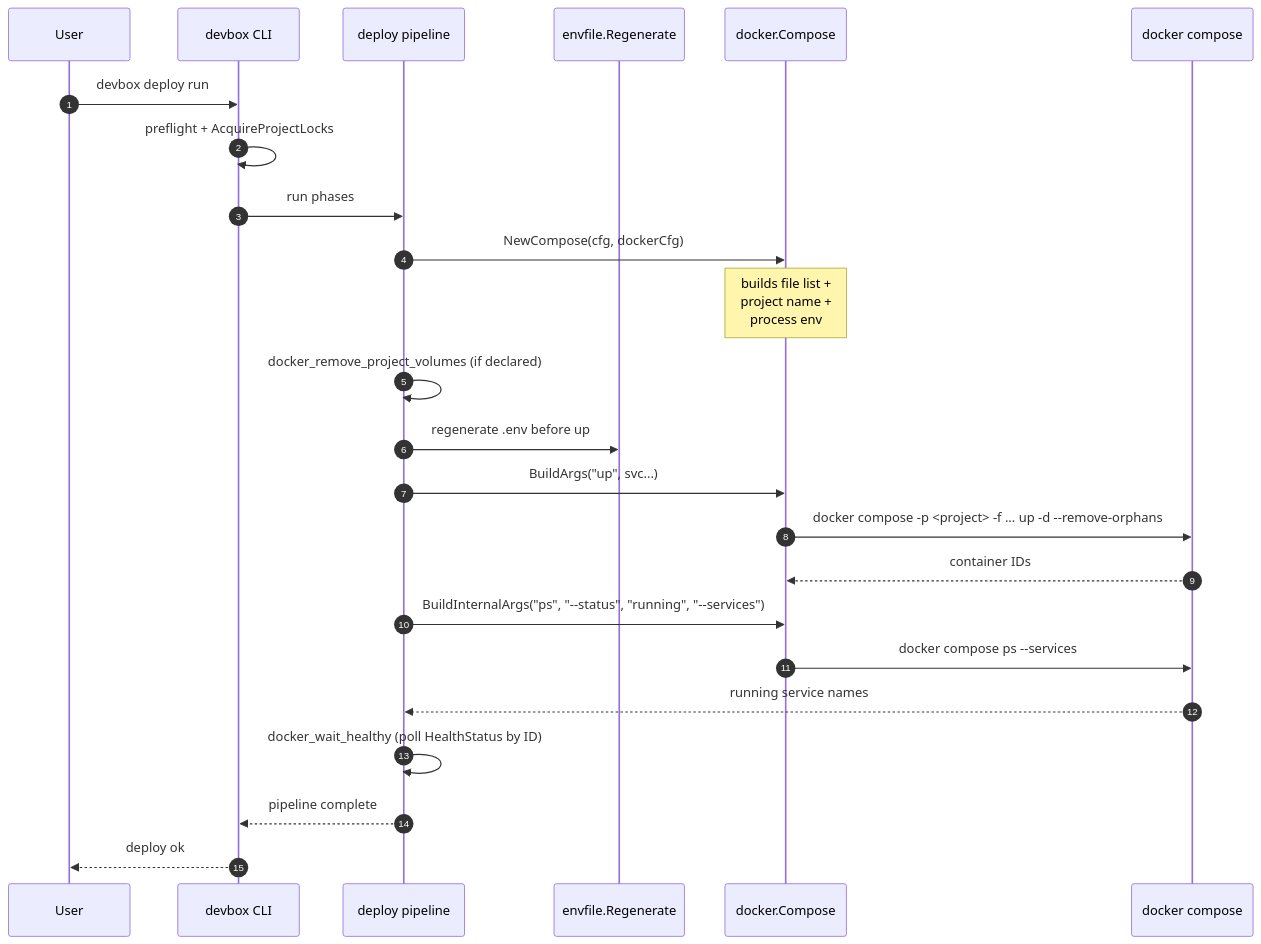
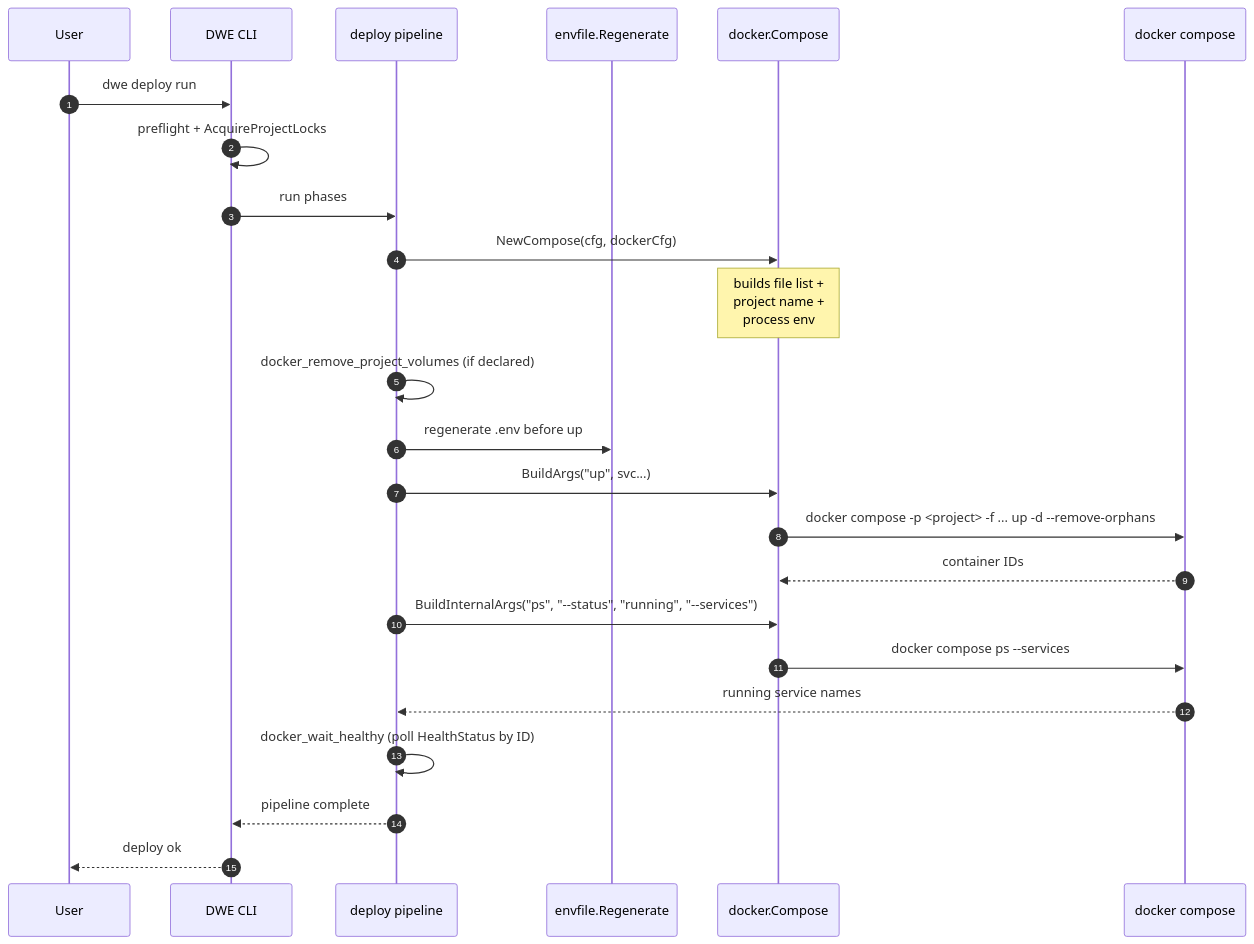
The diagram in docs/reference/concepts/docker.md (semsemyonoff/dwe), drawn with Mermaid before and after one commit. The commit also changed other lines of this file and 113 other files, not shown here.

First line of the commit message:
feat: Phase 4a+4b — update EN and RU docs for devbox→dwe rebrand

````diff
--- a/docs/reference/concepts/docker.md
+++ b/docs/reference/concepts/docker.md
@@ -116,28 +116,28 @@
 ```mermaid
 sequenceDiagram
   autonumber
   participant U as User
-  participant CLI as devbox CLI
+  participant CLI as DWE CLI
   participant Pipe as deploy pipeline
   participant Env as envfile.Regenerate
   participant Compose as docker.Compose
   participant Docker as docker compose
 
-  U->>CLI: devbox deploy run
+  U->>CLI: dwe deploy run
   CLI->>CLI: preflight + AcquireProjectLocks
   CLI->>Pipe: run phases
   Pipe->>Compose: NewCompose(cfg, dockerCfg)
   Note over Compose: builds file list +<br/>project name +<br/>process env
 
   Pipe->>Pipe: docker_remove_project_volumes (if declared)
   Pipe->>Env: regenerate .env before up
   Pipe->>Compose: BuildArgs("up", svc...)
   Compose->>Docker: docker compose -p <project> -f ... up -d --remove-orphans
   Docker-->>Compose: container IDs
   Pipe->>Compose: BuildInternalArgs("ps", "--status", "running", "--services")
   Compose->>Docker: docker compose ps --services
   Docker-->>Pipe: running service names
   Pipe->>Pipe: docker_wait_healthy (poll HealthStatus by ID)
   Pipe-->>CLI: pipeline complete
   CLI-->>U: deploy ok
 ```
````
